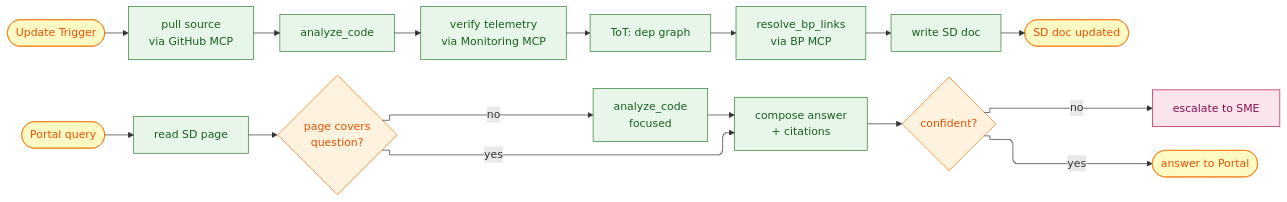
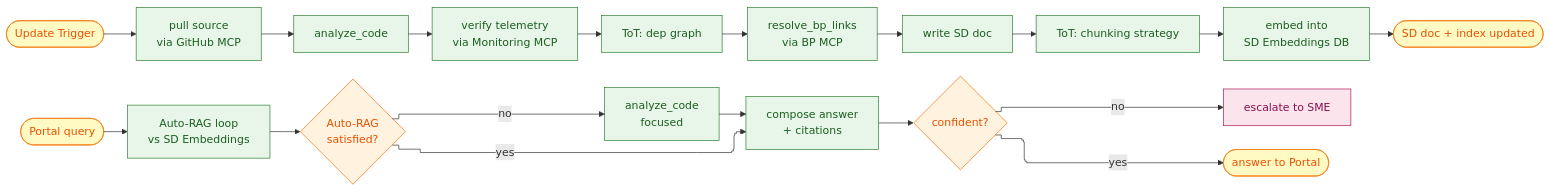
One commit to kikecorona/agentic-ai-capstone-project changed the second of 5 diagrams in PROJECT_ARCHITECTURE.md. Above: the diagram before and after it, drawn with Mermaid. The commit also changed other lines of this file and 120 other files, not shown here.

````diff
--- a/PROJECT_ARCHITECTURE.md
+++ b/PROJECT_ARCHITECTURE.md
@@ -323,27 +372,29 @@
 ```mermaid
 %%{init: {'flowchart': {'defaultRenderer': 'elk', 'curve': 'step'}}}%%
 flowchart LR
     Trig([Update Trigger]) --> Pull[pull source<br/>via GitHub MCP]
-    Port([Portal query]) --> Read[read SD page]
+    Port([Portal query]) --> Auto[Auto-RAG loop<br/>vs SD Embeddings]
     Pull --> AC[analyze_code]
     AC --> Tele[verify telemetry<br/>via Monitoring MCP]
     Tele --> ToT[ToT: dep graph]
     ToT --> XR[resolve_bp_links<br/>via BP MCP]
     XR --> Write[write SD doc]
-    Write --> Done([SD doc updated])
-    Read --> Need{page covers<br/>question?}
-    Need -->|yes| Compose[compose answer<br/>+ citations]
-    Need -->|no| ACFocus[analyze_code<br/>focused]
+    Write --> ToTChunk[ToT: chunking strategy]
+    ToTChunk --> Embed[embed into<br/>SD Embeddings DB]
+    Embed --> Done([SD doc + index updated])
+    Auto --> Cover{Auto-RAG<br/>satisfied?}
+    Cover -->|yes| Compose[compose answer<br/>+ citations]
+    Cover -->|no| ACFocus[analyze_code<br/>focused]
     ACFocus --> Compose
     Compose --> Conf{confident?}
     Conf -->|no| SME[escalate to SME]
     Conf -->|yes| Out([answer to Portal])
     classDef node fill: #E8F5E9, stroke: #2E7D32, color: #1B5E20
     classDef decision fill: #FFF3E0, stroke: #EF6C00, color: #E65100
     classDef fallback fill: #FCE4EC, stroke: #AD1457, color: #880E4F
     classDef portal fill: #FFF9C4, stroke: #F57F17, color: #E65100
-    class Pull,AC,Tele,ToT,XR,Write,Read,ACFocus,Compose node
-    class Need,Conf decision
+    class Pull,AC,Tele,ToT,XR,Write,ToTChunk,Embed,Auto,ACFocus,Compose node
+    class Cover,Conf decision
     class SME fallback
     class Trig,Port,Done,Out portal
 ```
````
